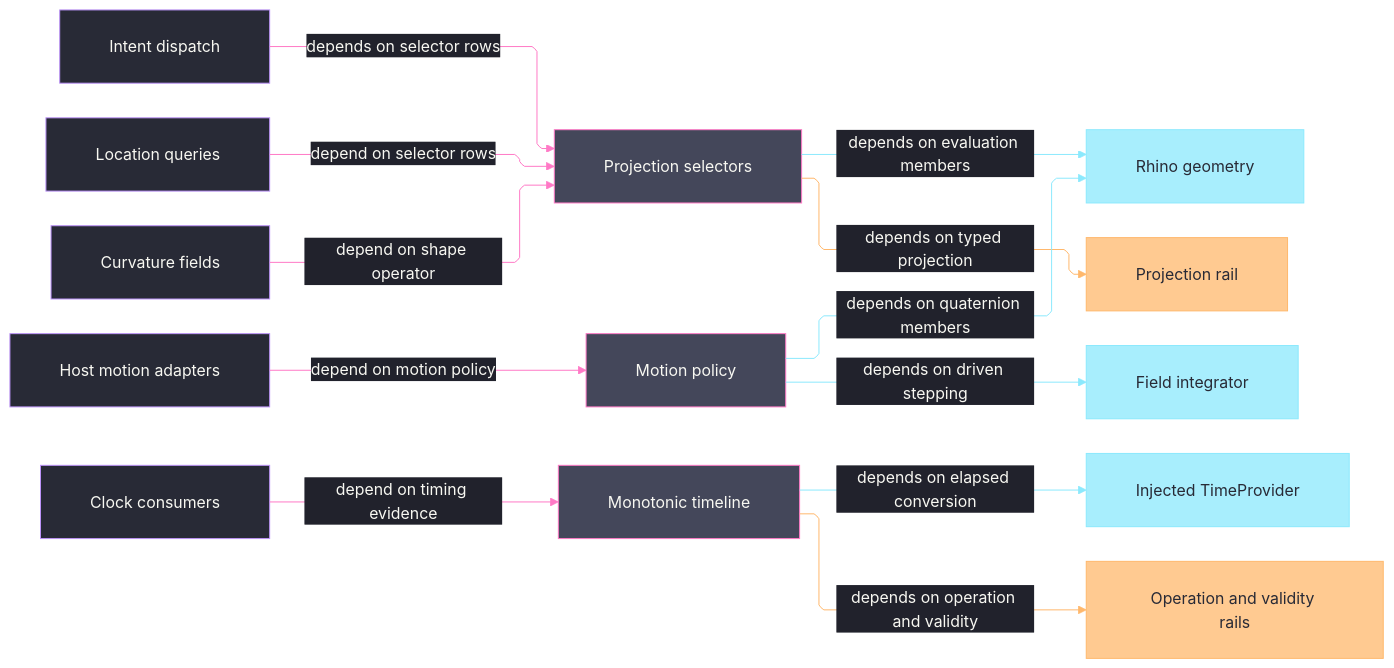
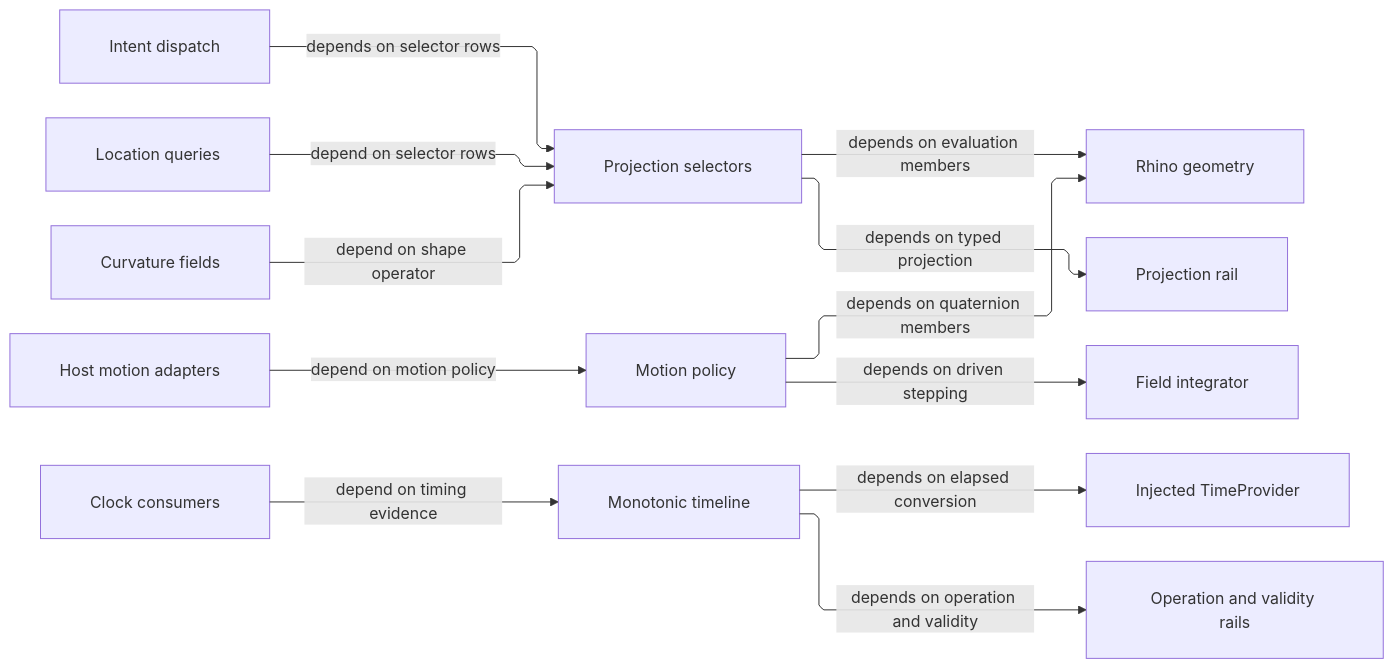
Before and after one commit to bsamiee/Rasm: the diagram in libs/csharp/Rasm/.planning/Parametric/projections.md, drawn with Mermaid. The commit also changed 324 other files, not shown here.

````diff
--- a/libs/csharp/Rasm/.planning/Parametric/projections.md
+++ b/libs/csharp/Rasm/.planning/Parametric/projections.md
@@ -579,60 +579,26 @@
 ```mermaid
 ---
 config:
-  theme: base
-  look: classic
   layout: elk
   elk:
     nodePlacementStrategy: NETWORK_SIMPLEX
     considerModelOrder: NODES_AND_EDGES
   flowchart:
     curve: linear
     padding: 25
-  themeVariables:
-    darkMode: true
-    fontFamily: "SF Mono, Menlo, Cascadia Mono, Segoe UI Mono, Consolas, monospace"
-    useGradient: false
-    dropShadow: "none"
-    background: "#282A36"
-    primaryColor: "#44475A"
-    primaryTextColor: "#F8F8F2"
-    primaryBorderColor: "#BD93F9"
-    mainBkg: "#44475A"
-    nodeBorder: "#BD93F9"
-    lineColor: "#FF79C6"
-    arrowheadColor: "#FF79C6"
-    textColor: "#F8F8F2"
-    titleColor: "#D6BCFA"
-    clusterBkg: "#21222C"
-    clusterBorder: "#D6BCFA"
-    edgeLabelBackground: "#21222C"
-    labelBackgroundColor: "#21222C"
-  themeCSS: ".nodeLabel{font-size:13px;font-weight:500}.edgeLabel{font-size:12px;font-weight:500}.cluster-label .nodeLabel{font-size:13.5px;font-weight:700;letter-spacing:.08em}.edge-thickness-normal{stroke-width:2px}.edge-thickness-thick{stroke-width:3px}.edge-pattern-dashed,.edge-pattern-dotted{stroke-width:1.5px;stroke-dasharray:4 6}.node rect,.node circle,.node polygon,.node path,.node .outer-path{stroke-width:1.5px;filter:none!important}.cluster rect{stroke-width:1px!important;stroke-dasharray:5 4!important;filter:none!important}.marker path{transform:scale(.8);transform-origin:5px 5px}.marker circle{transform:scale(.48);transform-origin:5px 5px}.edgeLabel rect{transform-box:fill-box;transform-origin:center;transform:scale(1.1,1.2)}"
 ---
 flowchart LR
     accTitle: Parametric projection dependency graph
     accDescr: Projection and timing owners depend on verified geometry, numerical, colour, rail, and monotonic-clock surfaces while host consumers depend only on those owners.
     Intent["Intent dispatch"] -->|"depends on selector rows"| Selectors["Projection selectors"]
     Locate["Location queries"] -->|"depend on selector rows"| Selectors
     Fields["Curvature fields"] -->|"depend on shape operator"| Selectors
     Hosts["Host motion adapters"] -->|"depend on motion policy"| Motion["Motion policy"]
     Consumers["Clock consumers"] -->|"depend on timing evidence"| Timeline["Monotonic timeline"]
     Selectors selectorRhino@-->|"depends on evaluation members"| Rhino["Rhino geometry"]
     Selectors selectorRail@-->|"depends on typed projection"| Projection["Projection rail"]
     Motion motionRhino@-->|"depends on quaternion members"| Rhino
     Motion motionStep@-->|"depends on driven stepping"| Integrator["Field integrator"]
     Timeline timelineProvider@-->|"depends on elapsed conversion"| Provider["Injected TimeProvider"]
     Timeline timelineRail@-->|"depends on operation and validity"| Rails["Operation and validity rails"]
-    classDef primary fill:#44475A,stroke:#FF79C6,color:#F8F8F2
-    classDef boundary fill:#282A36,stroke:#BD93F9,color:#F8F8F2
-    classDef external fill:#8BE9FDBF,stroke:#8BE9FD,color:#282A36
-    classDef data fill:#FFB86CBF,stroke:#FFB86C,color:#282A36
-    classDef edgeExternal stroke:#8BE9FD,color:#F8F8F2
-    classDef edgeData stroke:#FFB86C,color:#F8F8F2
-    class Intent,Locate,Fields,Hosts,Consumers boundary
-    class Selectors,Motion,Timeline primary
-    class Rhino,Integrator,Provider external
-    class Projection,Rails data
-    class selectorRhino,motionRhino,motionStep,timelineProvider edgeExternal
-    class selectorRail,timelineRail edgeData
 ```
````
